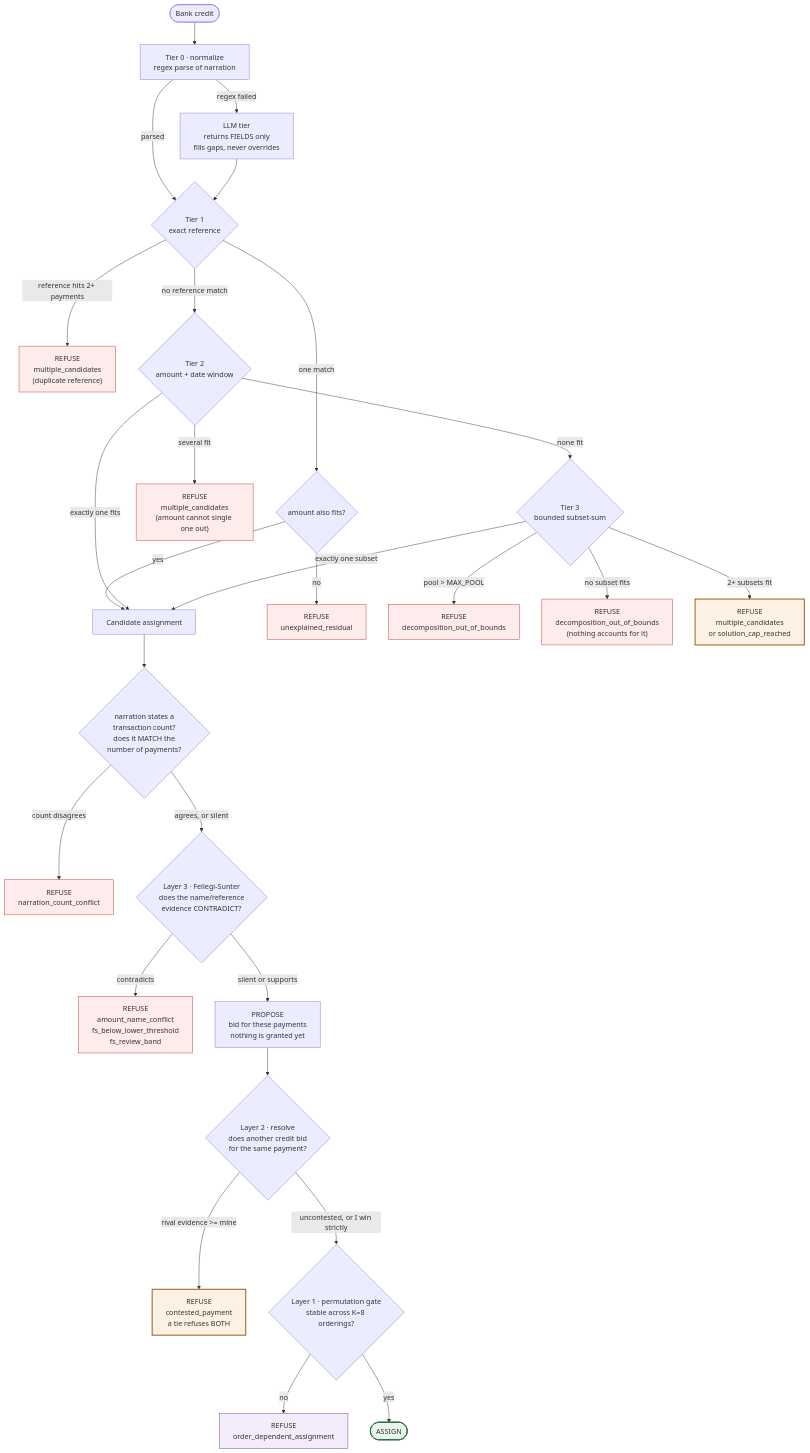
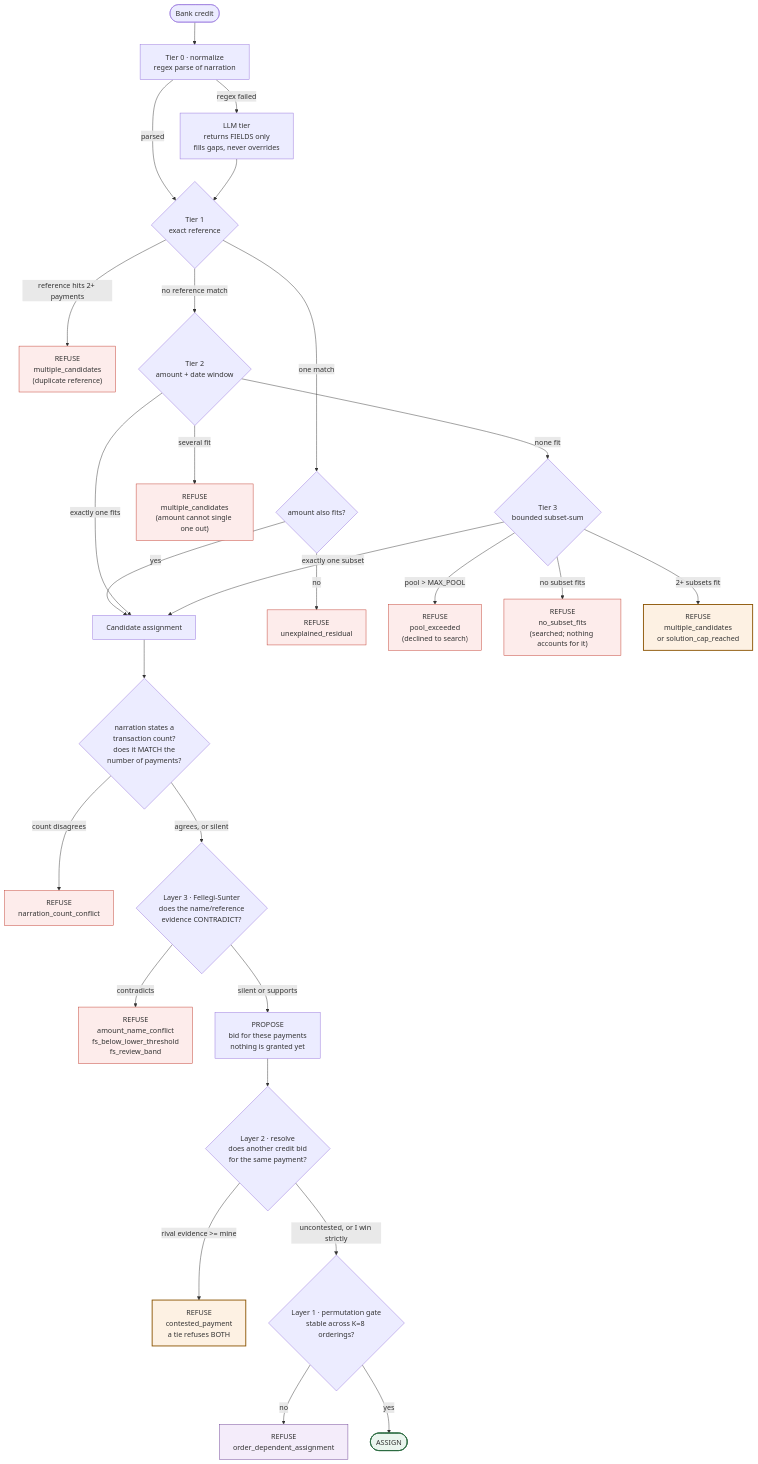
Before and after one commit to baymax-afk/Pramana_RZP_buildathon_reconciliation_agent: the second of 7 diagrams in docs/FLOWCHARTS.md, drawn with Mermaid. The commit also changed other lines of this file and 11 other files, not shown here.

````diff
--- a/docs/FLOWCHARTS.md
+++ b/docs/FLOWCHARTS.md
@@ -65,50 +65,50 @@
 ```mermaid
 flowchart TD
     START(["Bank credit"]) --> PARSE["Tier 0 · normalize<br/>regex parse of narration"]
     PARSE -->|regex failed| LLM["LLM tier<br/>returns FIELDS only<br/>fills gaps, never overrides"]
     PARSE -->|parsed| T1
     LLM --> T1
 
     T1{"Tier 1<br/>exact reference"}
     T1 -->|one match| CHECK1{"amount also fits?"}
     T1 -->|reference hits 2+ payments| REF_DUP["REFUSE<br/>multiple_candidates<br/>(duplicate reference)"]
     T1 -->|no reference match| T2
 
     CHECK1 -->|yes| ASSIGN
     CHECK1 -->|no| RESID["REFUSE<br/>unexplained_residual"]
 
     T2{"Tier 2<br/>amount + date window"}
     T2 -->|exactly one fits| ASSIGN
     T2 -->|several fit| MULTI2["REFUSE<br/>multiple_candidates<br/>(amount cannot single one out)"]
     T2 -->|none fit| T3
 
     T3{"Tier 3<br/>bounded subset-sum"}
-    T3 -->|pool > MAX_POOL| BOUNDS["REFUSE<br/>decomposition_out_of_bounds"]
-    T3 -->|no subset fits| NONE["REFUSE<br/>decomposition_out_of_bounds<br/>(nothing accounts for it)"]
+    T3 -->|pool > MAX_POOL| BOUNDS["REFUSE<br/>pool_exceeded<br/>(declined to search)"]
+    T3 -->|no subset fits| NONE["REFUSE<br/>no_subset_fits<br/>(searched; nothing accounts for it)"]
     T3 -->|2+ subsets fit| MULTI3["REFUSE<br/>multiple_candidates<br/>or solution_cap_reached"]
     T3 -->|exactly one subset| ASSIGN
 
     ASSIGN["Candidate assignment"] --> COUNT{"narration states a<br/>transaction count?<br/>does it MATCH the<br/>number of payments?"}
     COUNT -->|"count disagrees"| CNTNO["REFUSE<br/>narration_count_conflict"]
     COUNT -->|"agrees, or silent"| FS{"Layer 3 · Fellegi-Sunter<br/>does the name/reference<br/>evidence CONTRADICT?"}
     FS -->|contradicts| FSNO["REFUSE<br/>amount_name_conflict<br/>fs_below_lower_threshold<br/>fs_review_band"]
     FS -->|silent or supports| PROP["PROPOSE<br/>bid for these payments<br/>nothing is granted yet"]
 
     PROP --> RES{"Layer 2 · resolve<br/>does another credit bid<br/>for the same payment?"}
     RES -->|"rival evidence >= mine"| CONT["REFUSE<br/>contested_payment<br/>a tie refuses BOTH"]
     RES -->|"uncontested, or I win strictly"| GATE{"Layer 1 · permutation gate<br/>stable across K=8 orderings?"}
     GATE -->|no| ORD["REFUSE<br/>order_dependent_assignment"]
     GATE -->|yes| FINAL(["ASSIGN"])
 
     style REF_DUP fill:#fdeceb,stroke:#c0392b
     style RESID fill:#fdeceb,stroke:#c0392b
     style MULTI2 fill:#fdeceb,stroke:#c0392b
     style MULTI3 fill:#fdf1e3,stroke:#8a5300,stroke-width:2px
     style BOUNDS fill:#fdeceb,stroke:#c0392b
     style NONE fill:#fdeceb,stroke:#c0392b
     style CNTNO fill:#fdeceb,stroke:#c0392b
     style FSNO fill:#fdeceb,stroke:#c0392b
     style CONT fill:#fdf1e3,stroke:#8a5300,stroke-width:2px
     style ORD fill:#f4ecfa,stroke:#6a3e93
     style FINAL fill:#eaf5ee,stroke:#2c6b41,stroke-width:2px
 ```
````
